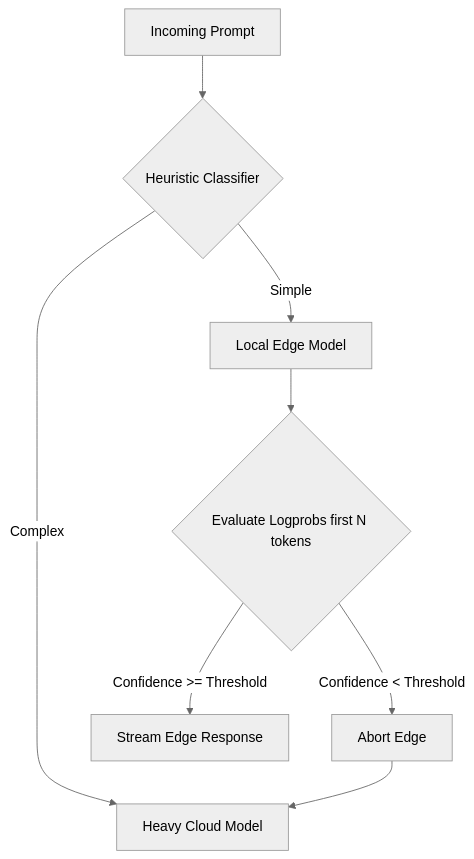
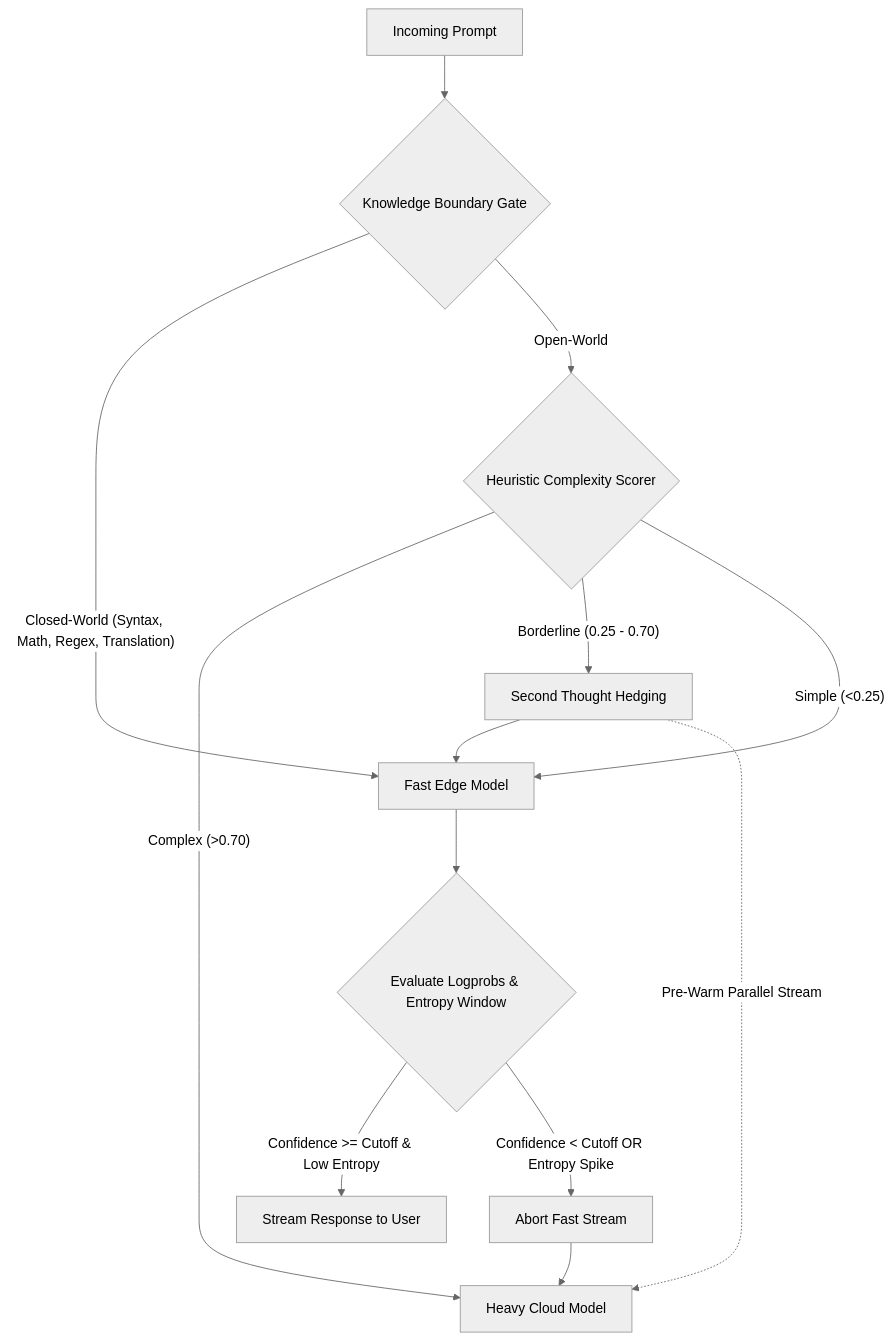
One commit to kruschdev/krusch-cascade-router changed the diagram in README.md. Above: the diagram before and after it, drawn with Mermaid (neutral theme). The commit also changed other lines of this file and 2 other files, not shown here.

````diff
--- a/README.md
+++ b/README.md
@@ -54,10 +92,15 @@
 ```mermaid
 graph TD;
-    A[Incoming Prompt] --> B{Heuristic Classifier};
-    B -- Complex --> C[Heavy Cloud Model];
-    B -- Simple --> D[Local Edge Model];
-    D --> E{Evaluate Logprobs first N tokens};
-    E -- Confidence >= Threshold --> F[Stream Edge Response];
-    E -- Confidence < Threshold --> G[Abort Edge];
+    A[Incoming Prompt] --> KB{Knowledge Boundary Gate};
+    KB -- Closed-World (Syntax, Math, Regex, Translation) --> D[Fast Edge Model];
+    KB -- Open-World --> HC{Heuristic Complexity Scorer};
+    HC -- Complex (>0.70) --> C[Heavy Cloud Model];
+    HC -- Borderline (0.25 - 0.70) --> SB[Second Thought Hedging];
+    HC -- Simple (<0.25) --> D;
+    SB --> D;
+    SB -. Pre-Warm Parallel Stream .-> C;
+    D --> E{Evaluate Logprobs & Entropy Window};
+    E -- Confidence >= Cutoff & Low Entropy --> F[Stream Response to User];
+    E -- Confidence < Cutoff OR Entropy Spike --> G[Abort Fast Stream];
     G --> C;
 ```
````
